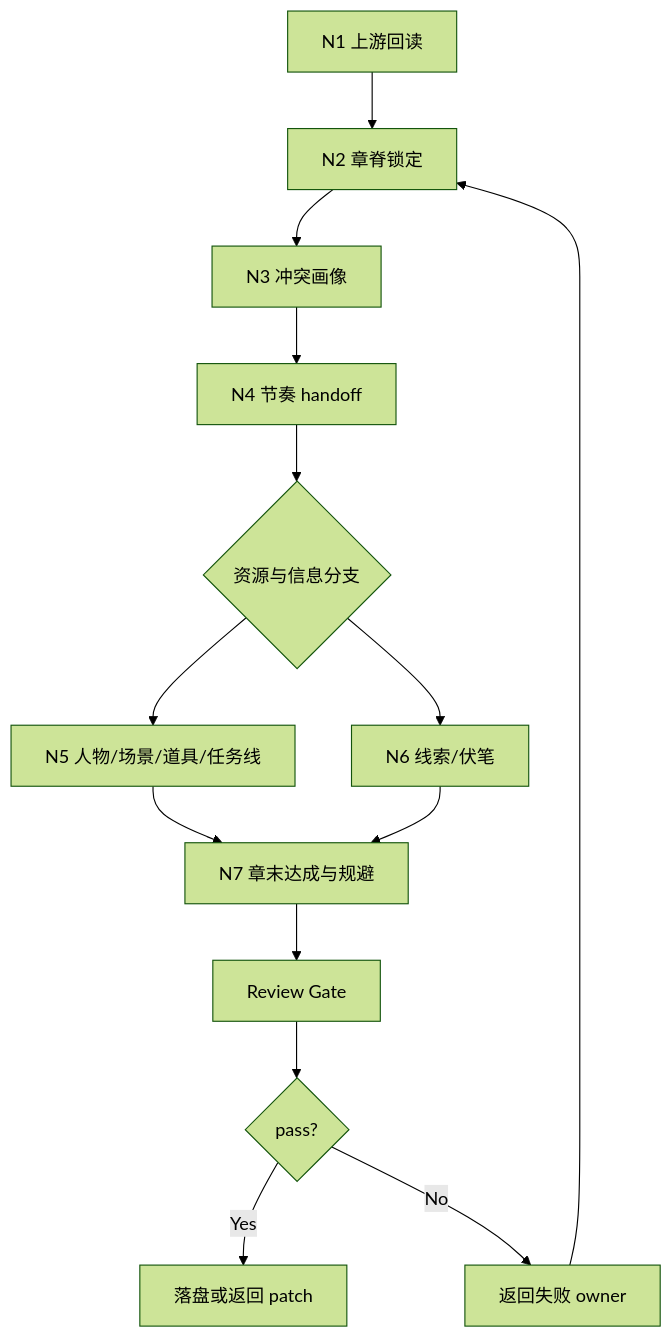
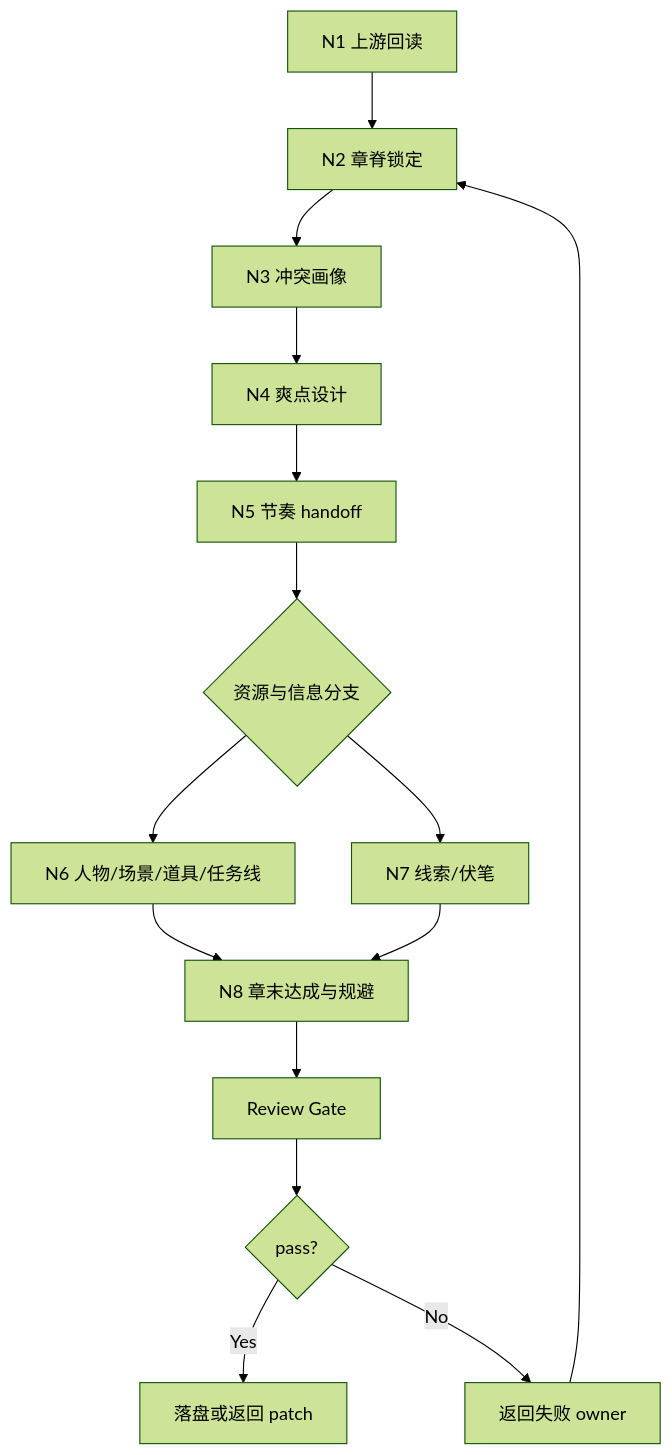
One commit to ZEN-VOID/AI-CUT changed the diagram in .agents/skills/story/2-卷章/3-章级/steps/chapter-planning-workflow.md. Above: the diagram before and after it, drawn with Mermaid (forest theme). The commit also changed other lines of this file and 127 other files, not shown here.

````diff
--- a/.agents/skills/story/2-卷章/3-章级/steps/chapter-planning-workflow.md
+++ b/.agents/skills/story/2-卷章/3-章级/steps/chapter-planning-workflow.md
@@ -9,16 +9,17 @@
 ```mermaid
 flowchart TD
     A["N1 上游回读"] --> B["N2 章脊锁定"]
     B --> C["N3 冲突画像"]
-    C --> D["N4 节奏 handoff"]
-    D --> E{"资源与信息分支"}
-    E --> F["N5 人物/场景/道具/任务线"]
-    E --> G["N6 线索/伏笔"]
-    F --> H["N7 章末达成与规避"]
-    G --> H
-    H --> I["Review Gate"]
-    I --> J{"pass?"}
-    J -->|"Yes"| K["落盘或返回 patch"]
-    J -->|"No"| L["返回失败 owner"]
-    L --> B
+    C --> D["N4 爽点设计"]
+    D --> E["N5 节奏 handoff"]
+    E --> F{"资源与信息分支"}
+    F --> G["N6 人物/场景/道具/任务线"]
+    F --> H["N7 线索/伏笔"]
+    G --> I["N8 章末达成与规避"]
+    H --> I
+    I --> J["Review Gate"]
+    J --> K{"pass?"}
+    K -->|"Yes"| L["落盘或返回 patch"]
+    K -->|"No"| M["返回失败 owner"]
+    M --> B
 ```
````
